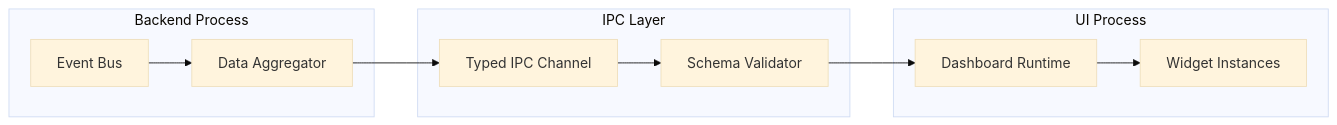
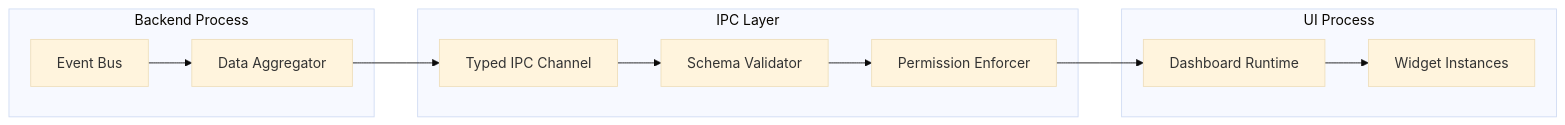
One commit to pavan53732/Apex-Arbitrage-Multichain-bot-for-windows changed the second of 2 diagrams in docs/DASHBOARD-RUNTIME.md. Above: the diagram before and after it, drawn with Mermaid (base theme). The commit also changed other lines of this file and 3 other files, not shown here.

````diff
--- a/docs/DASHBOARD-RUNTIME.md
+++ b/docs/DASHBOARD-RUNTIME.md
@@ -71,20 +90,22 @@
 ```mermaid
 flowchart LR
     subgraph Backend[Backend Process]
         A[Event Bus]
         B[Data Aggregator]
     end
     subgraph IPC[IPC Layer]
         C[Typed IPC Channel]
         D[Schema Validator]
+        E[Permission Enforcer]
     end
     subgraph UI[UI Process]
-        E[Dashboard Runtime]
-        F[Widget Instances]
+        F[Dashboard Runtime]
+        G[Widget Instances]
     end
     A --> B
     B --> C
     C --> D
     D --> E
     E --> F
+    F --> G
 ```
````
